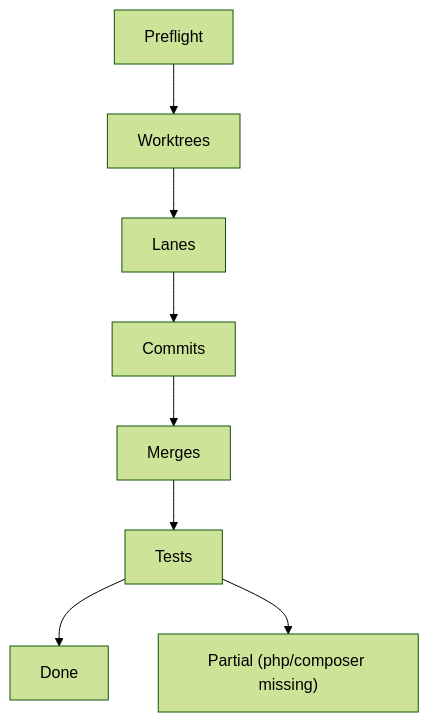
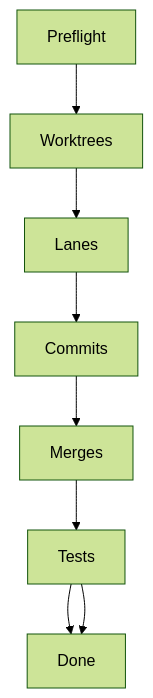
One commit to mayank3213/Intern-Cohort-AI-Tasks changed the first of 7 diagrams in tasks/Advanced/A2/parallel-run-a1-demo.md. Above: the diagram before and after it, drawn with Mermaid (forest theme). The commit also changed other lines of this file and 134 other files, not shown here.

````diff
--- a/tasks/Advanced/A2/parallel-run-a1-demo.md
+++ b/tasks/Advanced/A2/parallel-run-a1-demo.md
@@ -77,10 +77,10 @@
 ```mermaid
 graph TD
   Preflight --> Worktrees
   Worktrees --> Lanes
   Lanes --> Commits
   Commits --> Merges
   Merges --> Tests
   Tests --> Done
-  Tests --> Partial["Partial (php/composer missing)"]
+  Tests --> Done
 ```
````
